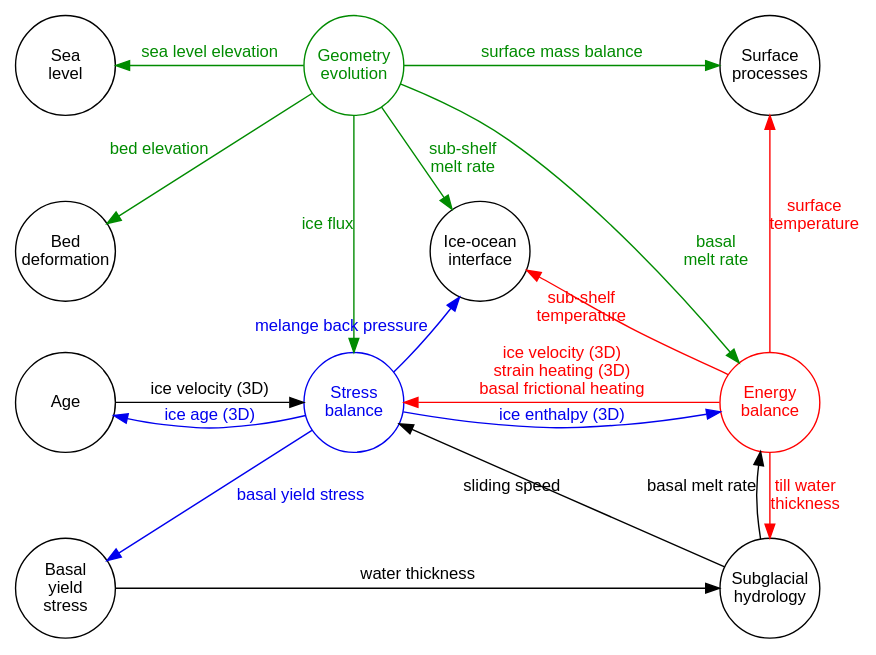
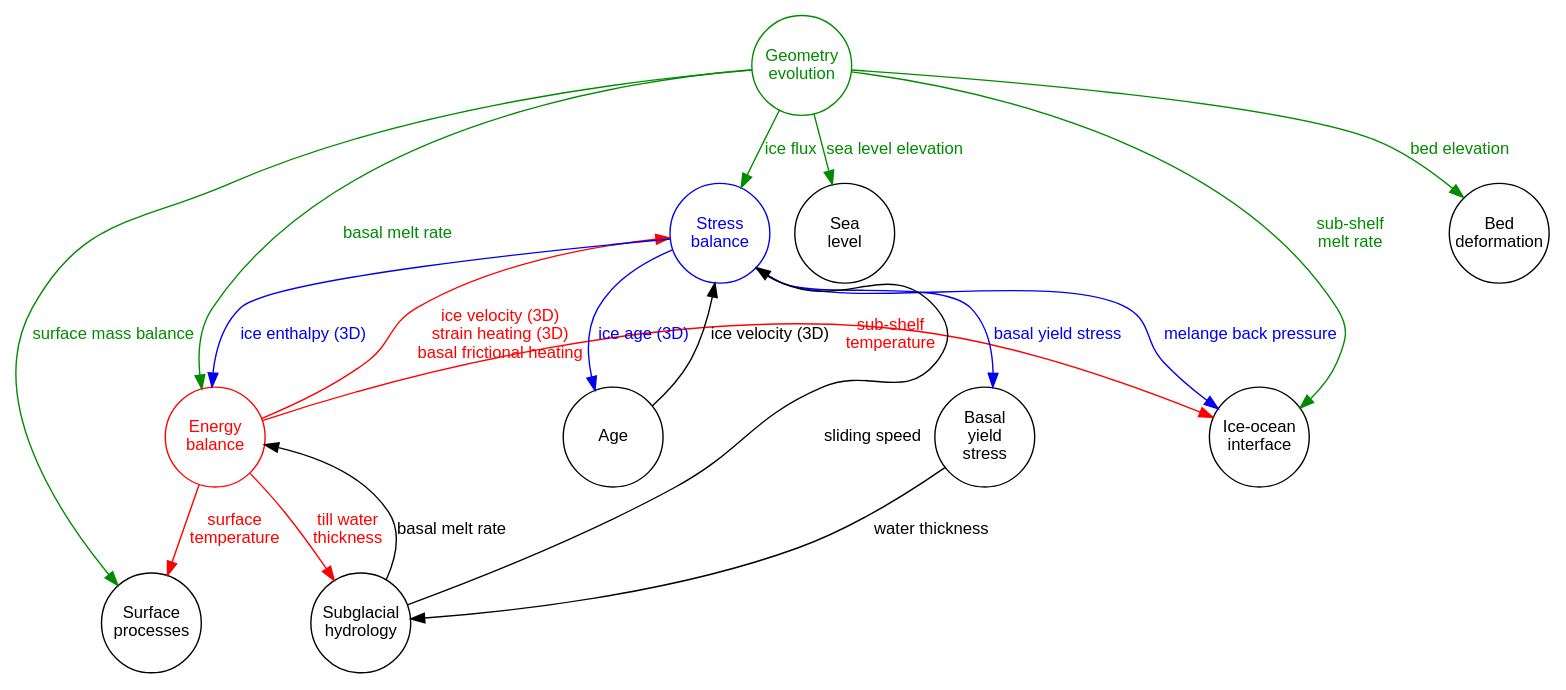
The diagram in doc/sphinx/technical/figures/dependencies.org (pism/pism), drawn with Graphviz before and after one commit. The commit also changed 1 other file, not shown here.

Commit message:
Better dependency figure

```diff
--- a/doc/sphinx/technical/figures/dependencies.org
+++ b/doc/sphinx/technical/figures/dependencies.org
@@ -1,74 +1,65 @@
-#+BEGIN_SRC dot :file dependencies.png :tangle update.dot :cache yes
+#+BEGIN_SRC dot :file dependencies.png :tangle update.dot :cmd neato
   digraph {
-  graph [layout=dot ranksep=0.5 nodesep=0.5];
-  node [fontname=Arial fontsize=12 shape=circle fixedsize=yes width=1];
+  graph [splines=true]
+  node [fontname=Arial fontsize=12 shape=circle fixedsize=yes width=1 pin=yes];
   edge [fontname=Arial fontsize=12]
 
   {
-  rank=same
-  sea_level [label="Sea\nlevel" group=L]
-  geometry [label="Geometry\nevolution" color=green4 fontcolor=green4 group=C]
-  surface [label="Surface\nprocesses" group=R]
+  surface [label="Surface\nprocesses" pos="0,6"]
+  geometry [label="Geometry\nevolution" color=green4 fontcolor=green4 pos="2,4"]
+  sea_level [label="Sea\nlevel" pos="4,6"]
   }
 
   {
-  rank=same
-  ocean [label="Ice-ocean\ninterface" ]
-  bed [label="Bed\ndeformation" group=L]
+  ocean [label="Ice-ocean\ninterface" pos="4,3"]
+  bed [label="Bed\ndeformation" pos="2,6"]
   }
 
   {
-  rank=same
-  age [label="Age" group=L]
-  energy [label="Energy\nbalance" color=red fontcolor=red group=R]
-  stress [label="Stress\nbalance" color=blue2 fontcolor=blue2 group=C]
+  energy [label="Energy\nbalance" color=red fontcolor=red pos="0,3"]
+  stress [label="Stress\nbalance" color=blue2 fontcolor=blue2 pos="2,1.5"]
+  age [label="Age" pos="4,0"]
   }
 
   {
-  rank=same
-  hydrology [label="Subglacial\nhydrology" group=R]
-  yield_stress [label="Basal\nyield\nstress" group=L]
+  hydrology [label="Subglacial\nhydrology" pos="0,0"]
+  yield_stress [label="Basal\nyield\nstress" pos="2,0"]
   }
 
   {
   edge [color=green4 fontcolor=green4]
-  geometry -> bed [xlabel="bed elevation" constraint=no]
-  geometry -> stress [xlabel="ice flux"]
+  geometry -> bed [label="bed elevation"]
+  geometry -> stress [label="ice flux"]
   geometry -> surface [label="surface mass balance"]
-  geometry -> energy [label="basal\nmelt rate"]
+  geometry -> energy [label="basal melt rate"]
   geometry -> ocean [label="sub-shelf\nmelt rate"]
-  geometry -> sea_level [label="sea level elevation" constraint=no]
+  geometry -> sea_level [label="sea level elevation"]
   }
 
   {
   edge [color=blue2 fontcolor=blue2]
   stress -> yield_stress [label="basal yield stress"]
-  stress -> ocean [xlabel="melange back pressure" constraint=no]
+  stress -> ocean [label="melange back pressure"]
   stress -> energy [label="ice enthalpy (3D)"]
-  stress -> age [label="ice age (3D)" constraint=no]
+  stress -> age [label="ice age (3D)"]
   }
 
   yield_stress -> hydrology [label="water thickness"]
 
   {
   edge [color=red fontcolor=red]
   energy -> stress [label="ice velocity (3D)\nstrain heating (3D)\nbasal frictional heating" constraint=no]
-  energy -> ocean [xlabel="sub-shelf\ntemperature" constraint=no]
+  energy -> ocean [label="sub-shelf\ntemperature" constraint=no]
   energy -> hydrology [label="till water\nthickness"]
-  energy -> surface [xlabel=" surface\ntemperature"]
+  energy -> surface [label=" surface\ntemperature"]
   }
 
   {
-  hydrology -> energy [xlabel="basal melt rate" constraint=no]
-  hydrology -> stress [xlabel="sliding speed"]
+  edge [constraint=no]
+  hydrology -> energy [label="basal melt rate"]
+  hydrology -> stress [label="sliding speed"]
   }
 
-  age -> stress [label="ice velocity (3D)" constraint=no]
-
-  {
-  edge [style=invis weight=10]
-  sea_level -> bed -> age -> yield_stress [style=invis]
-  ocean -> {stress energy}
-  }
+  age -> stress [label="ice velocity (3D)"]
   }
 #+END_SRC
```
